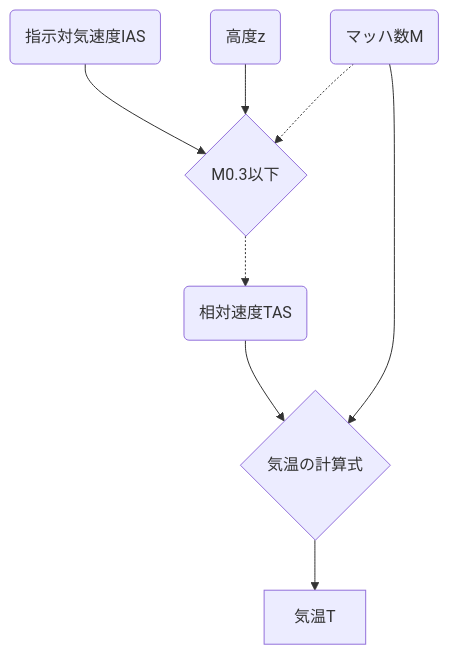
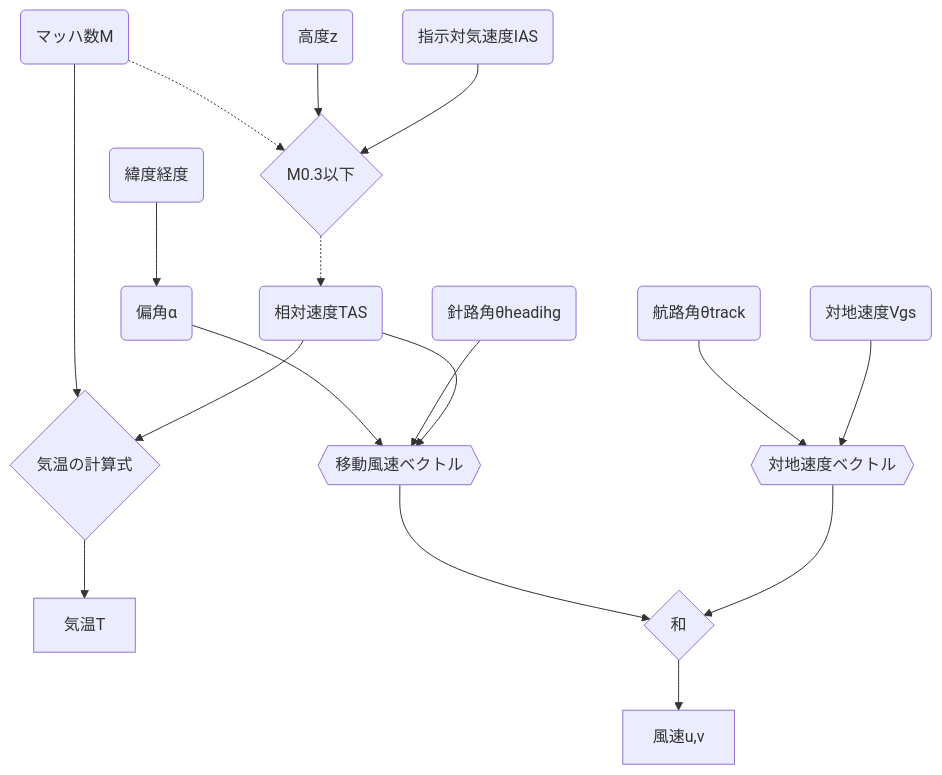
Before and after one commit to nihsok/sdr: the diagram in aircraft/ads-b/README.md, drawn with Mermaid. The commit also changed other lines of this file, not shown here.

````diff
--- a/aircraft/ads-b/README.md
+++ b/aircraft/ads-b/README.md
@@ -52,10 +70,22 @@
 ```mermaid
 flowchart TD
   A(相対速度TAS) --> C{気温の計算式}
   B(マッハ数M) --> C
   C --> D[気温T]
   E(指示対気速度IAS) --> F{M0.3以下}
   G(高度z) --> F
   F -.-> A
   B -.-> F
+  
+  H(対地速度Vgs) --> I{{対地速度ベクトル}}
+  J(航路角θtrack) --> I
+  
+  A --> K{{移動風速ベクトル}}
+  L(針路角θheadihg) --> K
+  M(緯度経度) --> N(偏角α)
+  N --> K
+
+  I --> O{和}
+  K --> O
+  O --> P[風速u,v]
 ```
````
